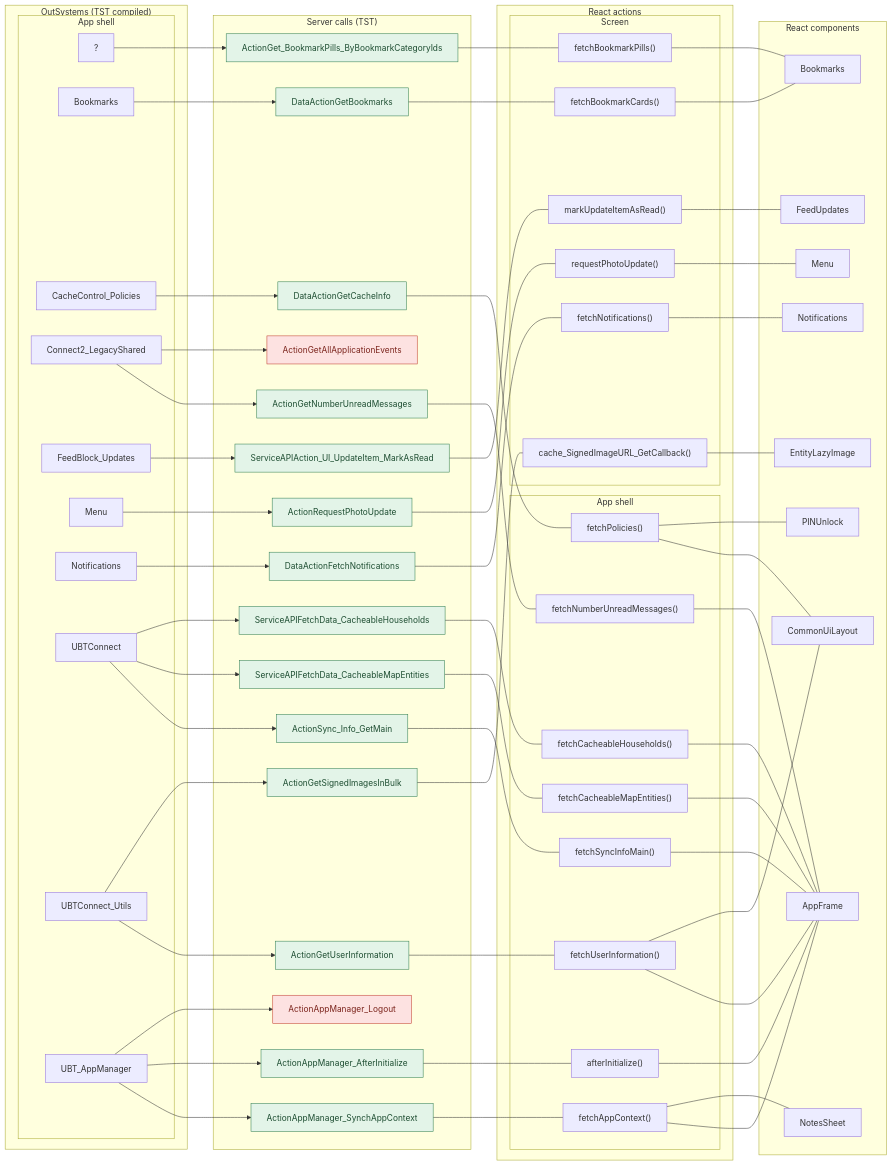
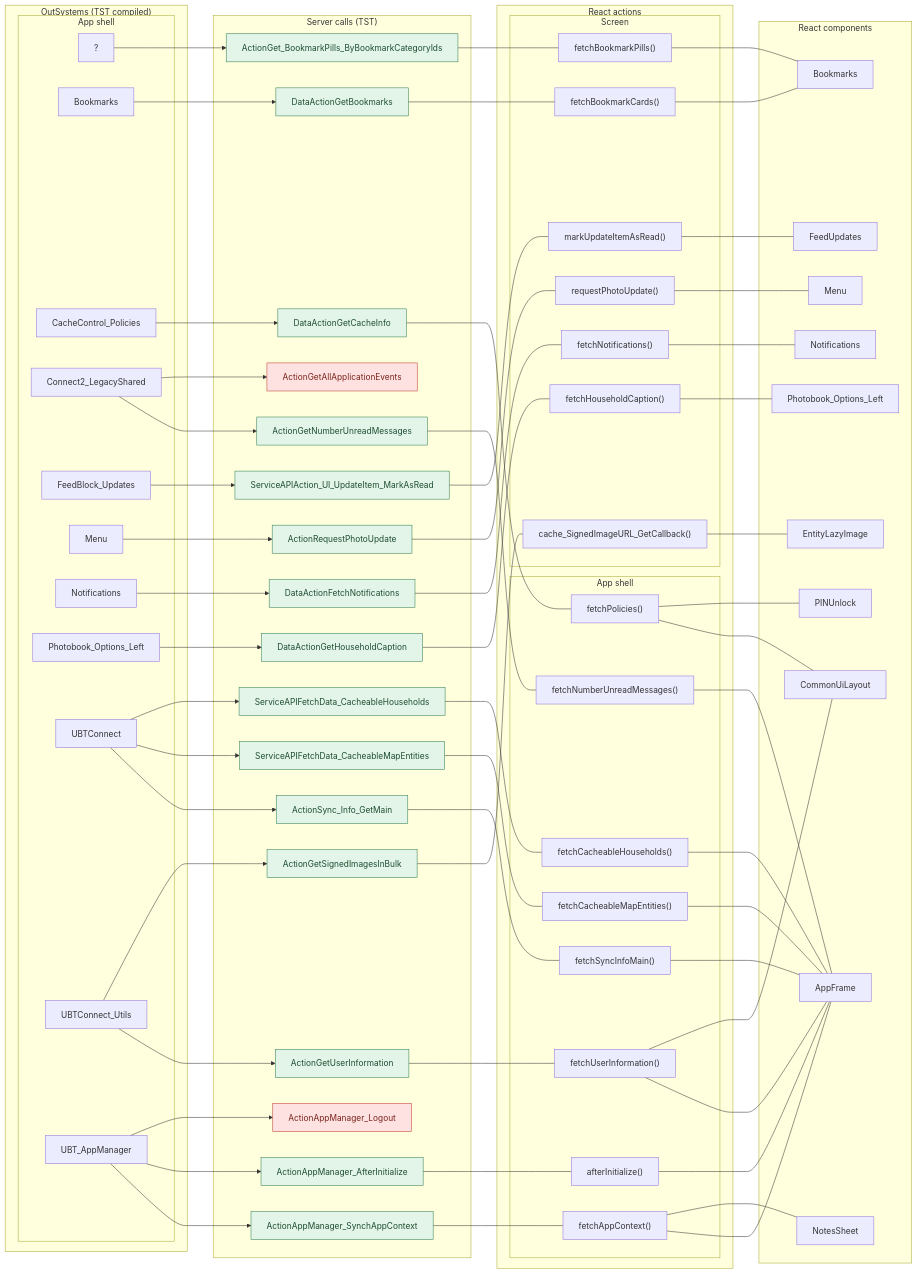
One commit to Phoenix-DX/connect-new-ui changed the first of 20 diagrams in route-actions/APP_SHELL.md. Above: the diagram before and after it, drawn with Mermaid. The commit also changed other lines of this file and 2 other files, not shown here.

Commit message:
route actions: Photobook checked (2 calls, 0 missing, 1 questions)

````diff
--- a/route-actions/APP_SHELL.md
+++ b/route-actions/APP_SHELL.md
@@ -57,109 +58,116 @@
       o4["FeedBlock_Updates"]
       o5["Menu"]
       o6["Notifications"]
-      o7["UBTConnect"]
-      o8["UBTConnect_Utils"]
-      o9["UBT_AppManager"]
+      o7["Photobook_Options_Left"]
+      o8["UBTConnect"]
+      o9["UBTConnect_Utils"]
+      o10["UBT_AppManager"]
     end
   end
   subgraph EP["Server calls (TST)"]
-    e10["ActionAppManager_SynchAppContext"]
-    e11["DataActionGetBookmarks"]
-    e12["ActionAppManager_AfterInitialize"]
-    e13["ActionSync_Info_GetMain"]
-    e14["ActionGetUserInformation"]
-    e15["ActionGetNumberUnreadMessages"]
-    e16["ServiceAPIFetchData_CacheableMapEntities"]
-    e17["ServiceAPIFetchData_CacheableHouseholds"]
-    e18["ActionGetAllApplicationEvents"]
-    e19["ActionGet_BookmarkPills_ByBookmarkCategoryIds"]
-    e20["ActionGetSignedImagesInBulk"]
-    e21["ServiceAPIAction_UI_UpdateItem_MarkAsRead"]
-    e22["ActionRequestPhotoUpdate"]
-    e23["ActionAppManager_Logout"]
-    e24["DataActionFetchNotifications"]
-    e25["DataActionGetCacheInfo"]
+    e11["ActionAppManager_SynchAppContext"]
+    e12["DataActionGetBookmarks"]
+    e13["ActionAppManager_AfterInitialize"]
+    e14["ActionSync_Info_GetMain"]
+    e15["ActionGetUserInformation"]
+    e16["ActionGetNumberUnreadMessages"]
+    e17["ServiceAPIFetchData_CacheableMapEntities"]
+    e18["ServiceAPIFetchData_CacheableHouseholds"]
+    e19["ActionGetAllApplicationEvents"]
+    e20["ActionGet_BookmarkPills_ByBookmarkCategoryIds"]
+    e21["ActionGetSignedImagesInBulk"]
+    e22["ServiceAPIAction_UI_UpdateItem_MarkAsRead"]
+    e23["ActionRequestPhotoUpdate"]
+    e24["ActionAppManager_Logout"]
+    e25["DataActionFetchNotifications"]
+    e26["DataActionGetCacheInfo"]
+    e27["DataActionGetHouseholdCaption"]
   end
   subgraph RE["React actions"]
     subgraph RE_shell["App shell"]
-      r26["afterInitialize()"]
-      r27["fetchAppContext()"]
-      r28["fetchCacheableHouseholds()"]
-      r29["fetchCacheableMapEntities()"]
-      r30["fetchNumberUnreadMessages()"]
-      r31["fetchPolicies()"]
-      r32["fetchSyncInfoMain()"]
-      r33["fetchUserInformation()"]
+      r28["afterInitialize()"]
+      r29["fetchAppContext()"]
+      r30["fetchCacheableHouseholds()"]
+      r31["fetchCacheableMapEntities()"]
+      r32["fetchNumberUnreadMessages()"]
+      r33["fetchPolicies()"]
+      r34["fetchSyncInfoMain()"]
+      r35["fetchUserInformation()"]
     end
     subgraph RE_page["Screen"]
-      r34["cache_SignedImageURL_GetCallback()"]
-      r35["fetchBookmarkCards()"]
-      r36["fetchBookmarkPills()"]
-      r37["fetchNotifications()"]
-      r38["markUpdateItemAsRead()"]
-      r39["requestPhotoUpdate()"]
+      r36["cache_SignedImageURL_GetCallback()"]
+      r37["fetchBookmarkCards()"]
+      r38["fetchBookmarkPills()"]
+      r39["fetchHouseholdCaption()"]
+      r40["fetchNotifications()"]
+      r41["markUpdateItemAsRead()"]
+      r42["requestPhotoUpdate()"]
     end
   end
   subgraph RC["React components"]
-    c40["AppFrame"]
-    c41["Bookmarks"]
-    c42["CommonUiLayout"]
-    c43["EntityLazyImage"]
-    c44["FeedUpdates"]
-    c45["Menu"]
-    c46["NotesSheet"]
-    c47["Notifications"]
-    c48["PINUnlock"]
+    c43["AppFrame"]
+    c44["Bookmarks"]
+    c45["CommonUiLayout"]
+    c46["EntityLazyImage"]
+    c47["FeedUpdates"]
+    c48["Menu"]
+    c49["NotesSheet"]
+    c50["Notifications"]
+    c51["PINUnlock"]
+    c52["Photobook_Options_Left"]
   end
-  r26 --- c40
-  r27 --- c40
-  r28 --- c40
-  r29 --- c40
-  r30 --- c40
-  r32 --- c40
-  r33 --- c40
-  r27 --- c46
-  r35 --- c41
-  r36 --- c41
-  r31 --- c42
-  r33 --- c42
+  r28 --- c43
+  r29 --- c43
+  r30 --- c43
+  r31 --- c43
+  r32 --- c43
   r34 --- c43
+  r35 --- c43
+  r29 --- c49
+  r37 --- c44
   r38 --- c44
-  r39 --- c45
-  r37 --- c47
-  r31 --- c48
-  o9 --> e10
-  o9 --> e12
-  o9 --> e23
-  o1 --> e11
-  o7 --> e13
-  o7 --> e16
-  o7 --> e17
+  r33 --- c45
+  r35 --- c45
+  r36 --- c46
+  r41 --- c47
+  r42 --- c48
+  r40 --- c50
+  r33 --- c51
+  r39 --- c52
+  o10 --> e11
+  o10 --> e13
+  o10 --> e24
+  o1 --> e12
   o8 --> e14
-  o8 --> e20
-  o3 --> e15
-  o3 --> e18
-  o0 --> e19
-  o4 --> e21
-  o5 --> e22
-  o6 --> e24
-  o2 --> e25
-  e10 --- r27
-  e11 --- r35
-  e12 --- r26
-  e13 --- r32
-  e14 --- r33
-  e15 --- r30
-  e16 --- r29
-  e17 --- r28
-  e19 --- r36
-  e20 --- r34
-  e21 --- r38
-  e22 --- r39
-  e24 --- r37
-  e25 --- r31
+  o8 --> e17
+  o8 --> e18
+  o9 --> e15
+  o9 --> e21
+  o3 --> e16
+  o3 --> e19
+  o0 --> e20
+  o4 --> e22
+  o5 --> e23
+  o6 --> e25
+  o2 --> e26
+  o7 --> e27
+  e11 --- r29
+  e12 --- r37
+  e13 --- r28
+  e14 --- r34
+  e15 --- r35
+  e16 --- r32
+  e17 --- r31
+  e18 --- r30
+  e20 --- r38
+  e21 --- r36
+  e22 --- r41
+  e23 --- r42
+  e25 --- r40
+  e26 --- r33
+  e27 --- r39
   classDef missing fill:#fde2e1,stroke:#c0392b,color:#7b241c
   classDef ok fill:#e3f4e8,stroke:#2e7d4f,color:#1d4d31
-  class e18,e23 missing
-  class e10,e11,e12,e13,e14,e15,e16,e17,e19,e20,e21,e22,e24,e25 ok
+  class e19,e24 missing
+  class e11,e12,e13,e14,e15,e16,e17,e18,e20,e21,e22,e23,e25,e26,e27 ok
 ```
````
